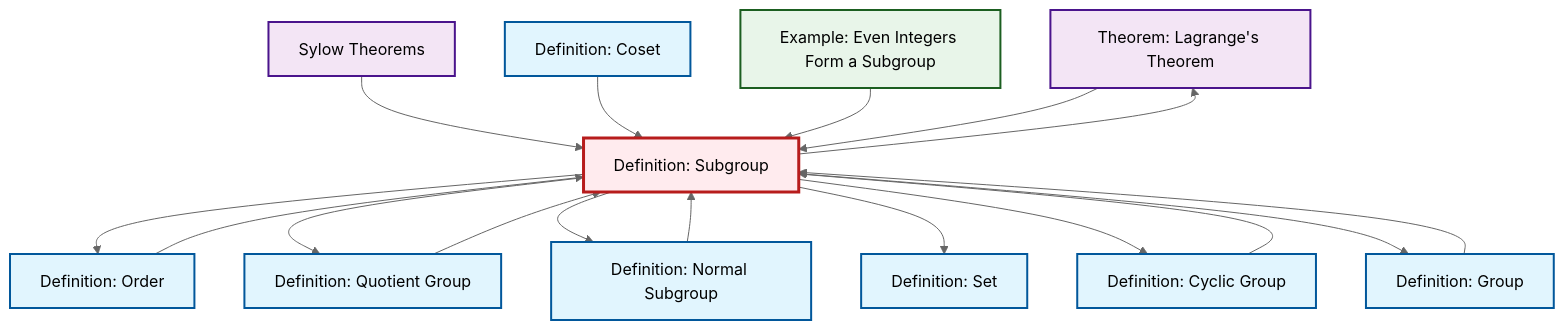
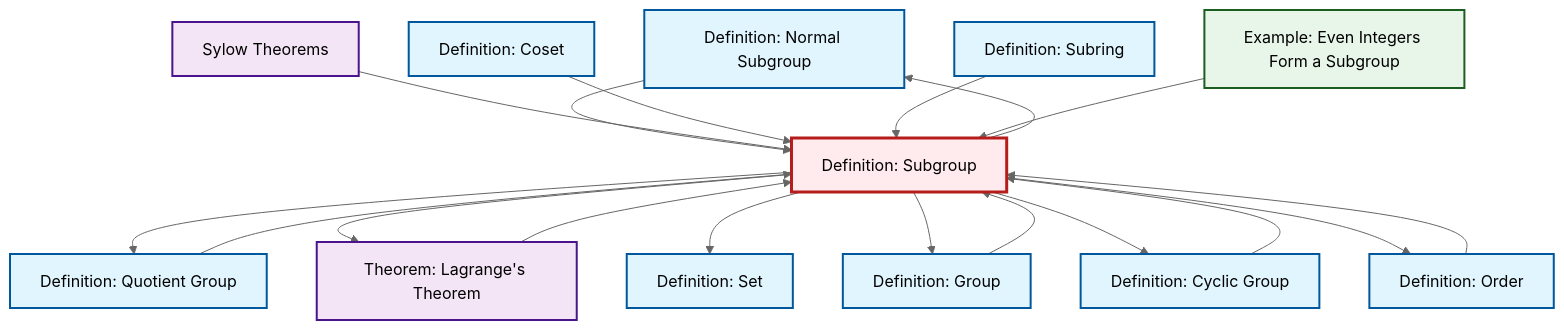
Before and after one commit to RK0429/ModernMath: the diagram in content/en/algebra/def-subgroup.qmd, drawn with Mermaid (neutral theme). The commit also changed 619 other files, not shown here.

````diff
--- a/content/en/algebra/def-subgroup.qmd
+++ b/content/en/algebra/def-subgroup.qmd
@@ -53,47 +53,50 @@
 ```{mermaid}
 %%| fig-cap: "Local dependency graph"
 graph TD
     classDef definition fill:#e1f5fe,stroke:#01579b,stroke-width:2px
     classDef theorem fill:#f3e5f5,stroke:#4a148c,stroke-width:2px
     classDef axiom fill:#fff3e0,stroke:#e65100,stroke-width:2px
     classDef example fill:#e8f5e9,stroke:#1b5e20,stroke-width:2px
     classDef current fill:#ffebee,stroke:#b71c1c,stroke-width:3px
+    def-normal-subgroup["Definition: Normal Subgroup"]:::definition
     thm-lagrange["Theorem: Lagrange's Theorem"]:::theorem
+    def-group["Definition: Group"]:::definition
+    def-set["Definition: Set"]:::definition
+    def-cyclic-group["Definition: Cyclic Group"]:::definition
+    def-subgroup["Definition: Subgroup"]:::definition
+    def-quotient-group["Definition: Quotient Group"]:::definition
+    def-subring["Definition: Subring"]:::definition
+    thm-sylow["Sylow Theorems"]:::theorem
+    def-coset["Definition: Coset"]:::definition
     def-order["Definition: Order"]:::definition
-    def-cyclic-group["Definition: Cyclic Group"]:::definition
     ex-even-integers-subgroup["Example: Even Integers Form a Subgroup"]:::example
-    thm-sylow["Sylow Theorems"]:::theorem
-    def-set["Definition: Set"]:::definition
-    def-coset["Definition: Coset"]:::definition
-    def-normal-subgroup["Definition: Normal Subgroup"]:::definition
-    def-quotient-group["Definition: Quotient Group"]:::definition
-    def-subgroup["Definition: Subgroup"]:::definition
-    def-group["Definition: Group"]:::definition
+    def-cyclic-group --> def-subgroup
+    def-normal-subgroup --> def-subgroup
+    def-subgroup --> def-quotient-group
     thm-sylow --> def-subgroup
-    def-subgroup --> def-order
-    def-quotient-group --> def-subgroup
-    def-subgroup --> def-quotient-group
-    def-group --> def-subgroup
+    def-subgroup --> thm-lagrange
     def-subgroup --> def-normal-subgroup
     def-coset --> def-subgroup
-    def-subgroup --> def-set
-    def-subgroup --> def-cyclic-group
-    ex-even-integers-subgroup --> def-subgroup
     def-order --> def-subgroup
     thm-lagrange --> def-subgroup
-    def-cyclic-group --> def-subgroup
-    def-normal-subgroup --> def-subgroup
+    def-subring --> def-subgroup
+    def-subgroup --> def-set
+    def-group --> def-subgroup
+    def-quotient-group --> def-subgroup
     def-subgroup --> def-group
-    def-subgroup --> thm-lagrange
+    def-subgroup --> def-cyclic-group
+    def-subgroup --> def-order
+    ex-even-integers-subgroup --> def-subgroup
     class def-subgroup current
+    click def-normal-subgroup "def-normal-subgroup.html" "Go to Normal Subgroup definition"
     click thm-lagrange "thm-lagrange.html" "Go to Lagrange's Theorem theorem"
+    click def-group "def-group.html" "Go to Group definition"
+    click def-set "def-set.html" "Go to Set definition"
+    click def-cyclic-group "def-cyclic-group.html" "Go to Cyclic Group definition"
+    click def-quotient-group "def-quotient-group.html" "Go to Quotient Group definition"
+    click def-subring "def-subring.html" "Go to Subring definition"
+    click thm-sylow "thm-sylow.html" "Go to Sylow Theorems"
+    click def-coset "def-coset.html" "Go to Coset definition"
     click def-order "def-order.html" "Go to Order definition"
-    click def-cyclic-group "def-cyclic-group.html" "Go to Cyclic Group definition"
     click ex-even-integers-subgroup "ex-even-integers-subgroup.html" "Go to Even Integers Form a Subgroup example"
-    click thm-sylow "thm-sylow.html" "Go to Sylow Theorems"
-    click def-set "def-set.html" "Go to Set definition"
-    click def-coset "def-coset.html" "Go to Coset definition"
-    click def-normal-subgroup "def-normal-subgroup.html" "Go to Normal Subgroup definition"
-    click def-quotient-group "def-quotient-group.html" "Go to Quotient Group definition"
-    click def-group "def-group.html" "Go to Group definition"
 ```
````
